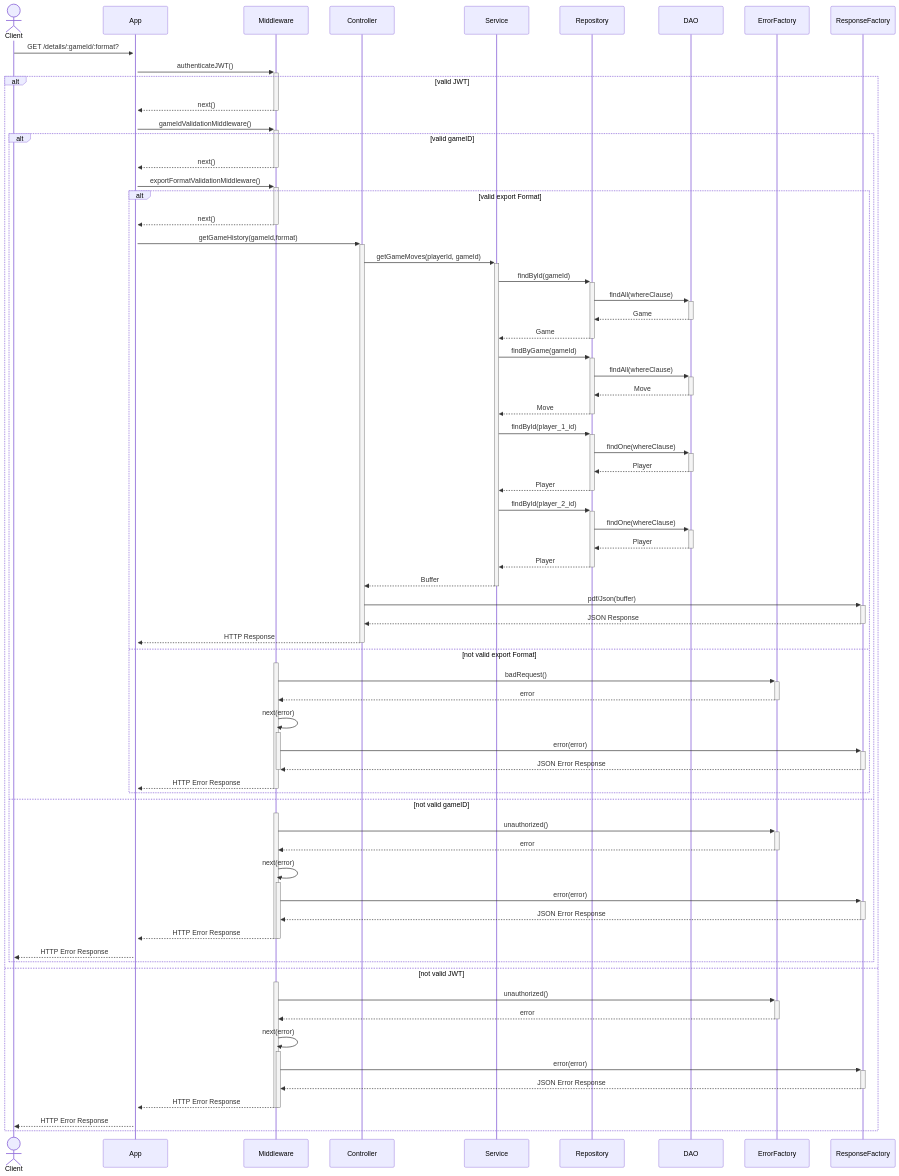
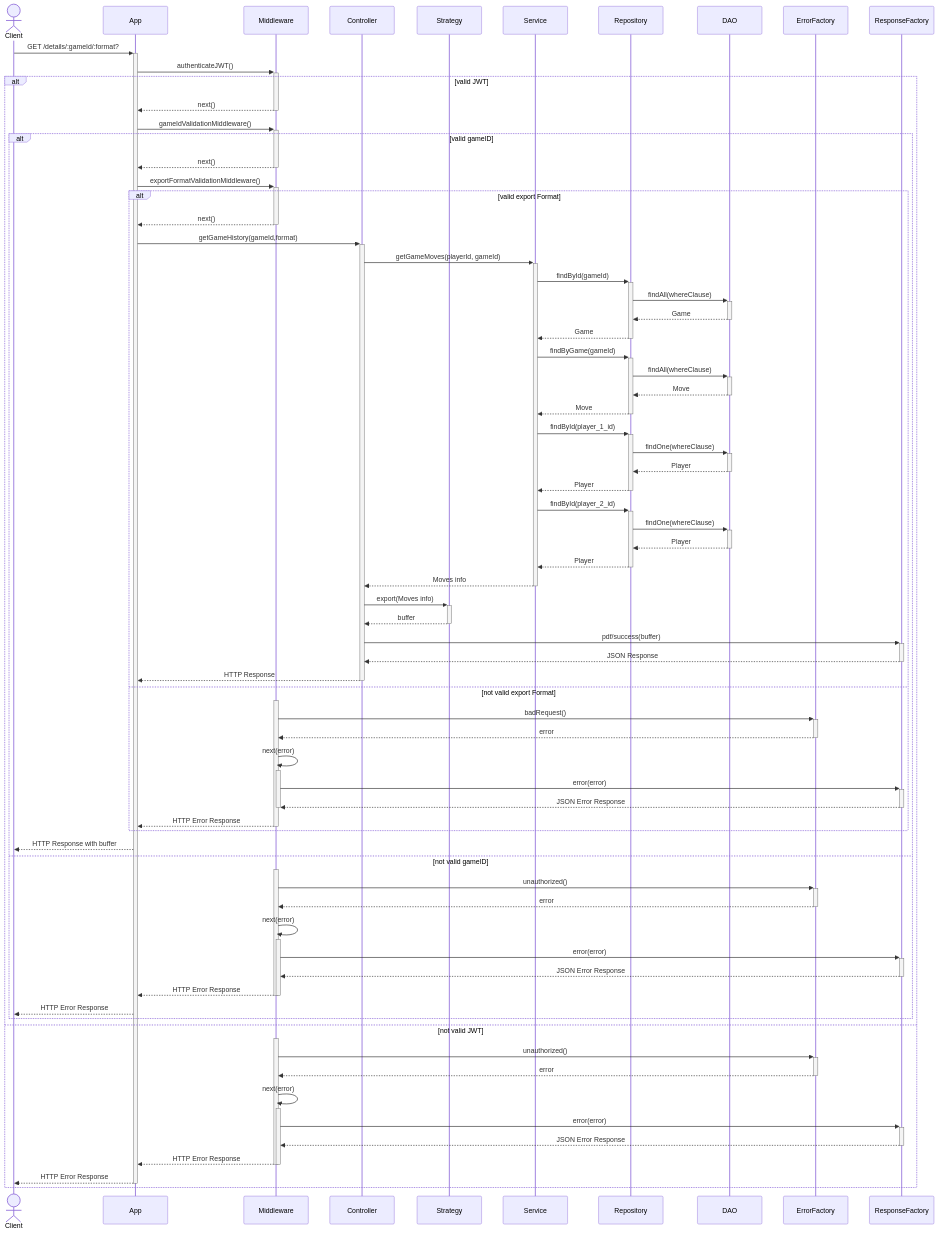
Before and after one commit to nicolobartolinii/chess-backend: the seventh of 7 diagrams in README.md, drawn with Mermaid. The commit also changed other lines of this file and 2 other files, not shown here.

Commit message:
minor fixes on last sequence diagrams

````diff
--- a/README.md
+++ b/README.md
@@ -485,78 +482,82 @@
 ```mermaid
 sequenceDiagram
     actor Client
     participant App
     participant Middleware
     participant Controller
+    participant Strategy
     participant Service
     participant Repository
     participant DAO
     participant ErrorFactory
     participant ResponseFactory
 
     Client ->>+ App: GET /details/:gameId/:format?
     App ->>+ Middleware: authenticateJWT()
     alt valid JWT
         Middleware -->>- App: next()
         App ->>+ Middleware: gameIdValidationMiddleware()
         alt valid gameID
             Middleware -->>- App: next()
             App ->>+ Middleware: exportFormatValidationMiddleware()
             alt valid export Format
                 Middleware -->>- App: next()
                 App ->>+ Controller: getGameHistory(gameId,format)
                 Controller ->>+ Service: getGameMoves(playerId, gameId)
                 Service ->>+ Repository: findById(gameId)
                 Repository ->>+ DAO: findAll(whereClause)
                 DAO -->>- Repository: Game
                 Repository -->>- Service: Game
                 Service ->>+ Repository : findByGame(gameId)
                 Repository ->>+ DAO: findAll(whereClause)
                 DAO -->>- Repository : Move
                 Repository -->>- Service: Move
                 Service ->>+ Repository : findById(player_1_id)
                 Repository ->>+ DAO : findOne(whereClause)
                 DAO -->>- Repository : Player
                 Repository -->>- Service: Player
                 Service ->>+ Repository : findById(player_2_id)
                 Repository ->>+ DAO : findOne(whereClause)
                 DAO -->>- Repository : Player
                 Repository -->>- Service: Player
-                Service -->>- Controller: Buffer
-                Controller ->>+ ResponseFactory: pdf/Json(buffer)
+                Service -->>- Controller: Moves info
+                Controller ->>+ Strategy: export(Moves info)
+                Strategy -->>- Controller: buffer
+                Controller ->>+ ResponseFactory: pdf/success(buffer)
                 ResponseFactory -->>- Controller: JSON Response
                 Controller -->>- App: HTTP Response
             else not valid export Format
                 activate Middleware
                 Middleware ->>+ ErrorFactory: badRequest()
                 ErrorFactory -->>- Middleware: error
                 Middleware ->>+ Middleware: next(error)
                 Middleware ->>+ ResponseFactory: error(error)
                 ResponseFactory -->>- Middleware: JSON Error Response
                 deactivate Middleware
                 Middleware -->>- App: HTTP Error Response
             end
+            App -->> Client: HTTP Response with buffer
         else not valid gameID
             activate Middleware
             Middleware ->>+ ErrorFactory: unauthorized()
             ErrorFactory -->>- Middleware: error
             Middleware ->>+ Middleware: next(error)
             Middleware ->>+ ResponseFactory: error(error)
             ResponseFactory -->>- Middleware: JSON Error Response
             Middleware -->>- App: HTTP Error Response
             deactivate Middleware
             App -->> Client: HTTP Error Response
         end
     else not valid JWT
         activate Middleware
         Middleware ->>+ ErrorFactory: unauthorized()
         ErrorFactory -->>- Middleware: error
         Middleware ->>+ Middleware: next(error)
         Middleware ->>+ ResponseFactory: error(error)
         ResponseFactory -->>- Middleware: JSON Error Response
         Middleware -->>- App: HTTP Error Response
         deactivate Middleware
-        App -->> Client: HTTP Error Response
+        App -->>- Client: HTTP Error Response
     end
 
 ```
````
